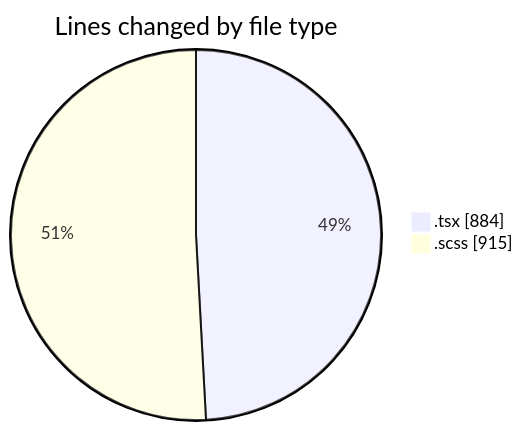
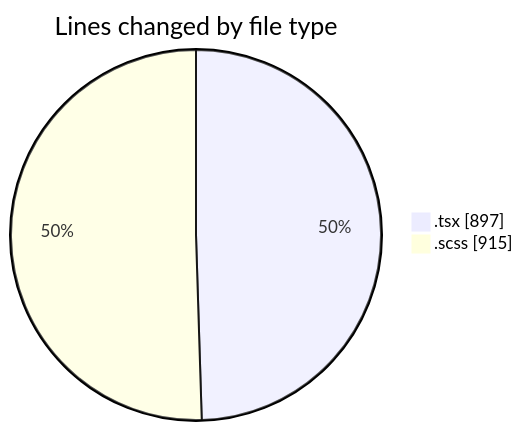
One commit to momahboobian/code-tracking changed the first of 2 diagrams in 2025-03-27/cda/README.md. Above: the diagram before and after it, drawn with Mermaid. The commit also changed other lines of this file and 1 other file, not shown here.

````diff
--- a/2025-03-27/cda/README.md
+++ b/2025-03-27/cda/README.md
@@ -24,6 +24,6 @@
 ```mermaid
 pie showData
 title Lines changed by file type
-".tsx" : 884
+".tsx" : 897
 ".scss" : 915
 ```
````
